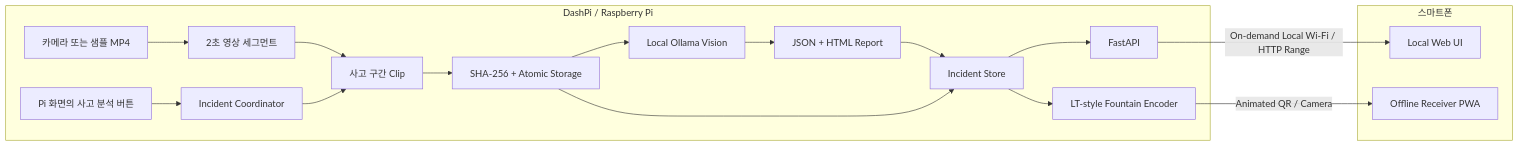
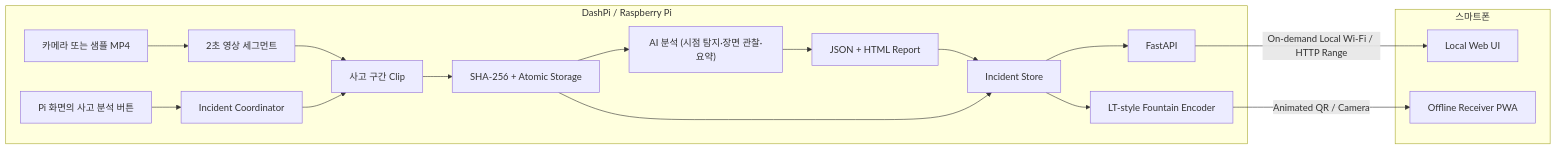
The first of 2 diagrams in README.md (jcmaker/DashPi), drawn with Mermaid before and after one commit. The commit also changed other lines of this file and 3 other files, not shown here.

````diff
--- a/README.md
+++ b/README.md
@@ -65,24 +65,24 @@
 ```mermaid
 flowchart LR
     subgraph Device["DashPi / Raspberry Pi"]
         Source["카메라 또는 샘플 MP4"] --> Segments["2초 영상 세그먼트"]
         Trigger["Pi 화면의 사고 분석 버튼"] --> Incident["Incident Coordinator"]
         Segments --> Clip["사고 구간 Clip"]
         Incident --> Clip
         Clip --> Hash["SHA-256 + Atomic Storage"]
-        Hash --> Ollama["Local Ollama Vision"]
-        Ollama --> Report["JSON + HTML Report"]
+        Hash --> AI["AI 분석 (시점 탐지·장면 관찰·요약)"]
+        AI --> Report["JSON + HTML Report"]
         Report --> Store["Incident Store"]
         Hash --> Store
         Store --> API["FastAPI"]
         Store --> Optical["LT-style Fountain Encoder"]
     end
 
     subgraph Phone["스마트폰"]
         Web["Local Web UI"]
         PWA["Offline Receiver PWA"]
     end
 
     API -->|"On-demand Local Wi-Fi / HTTP Range"| Web
     Optical -->|"Animated QR / Camera"| PWA
 ```
````
